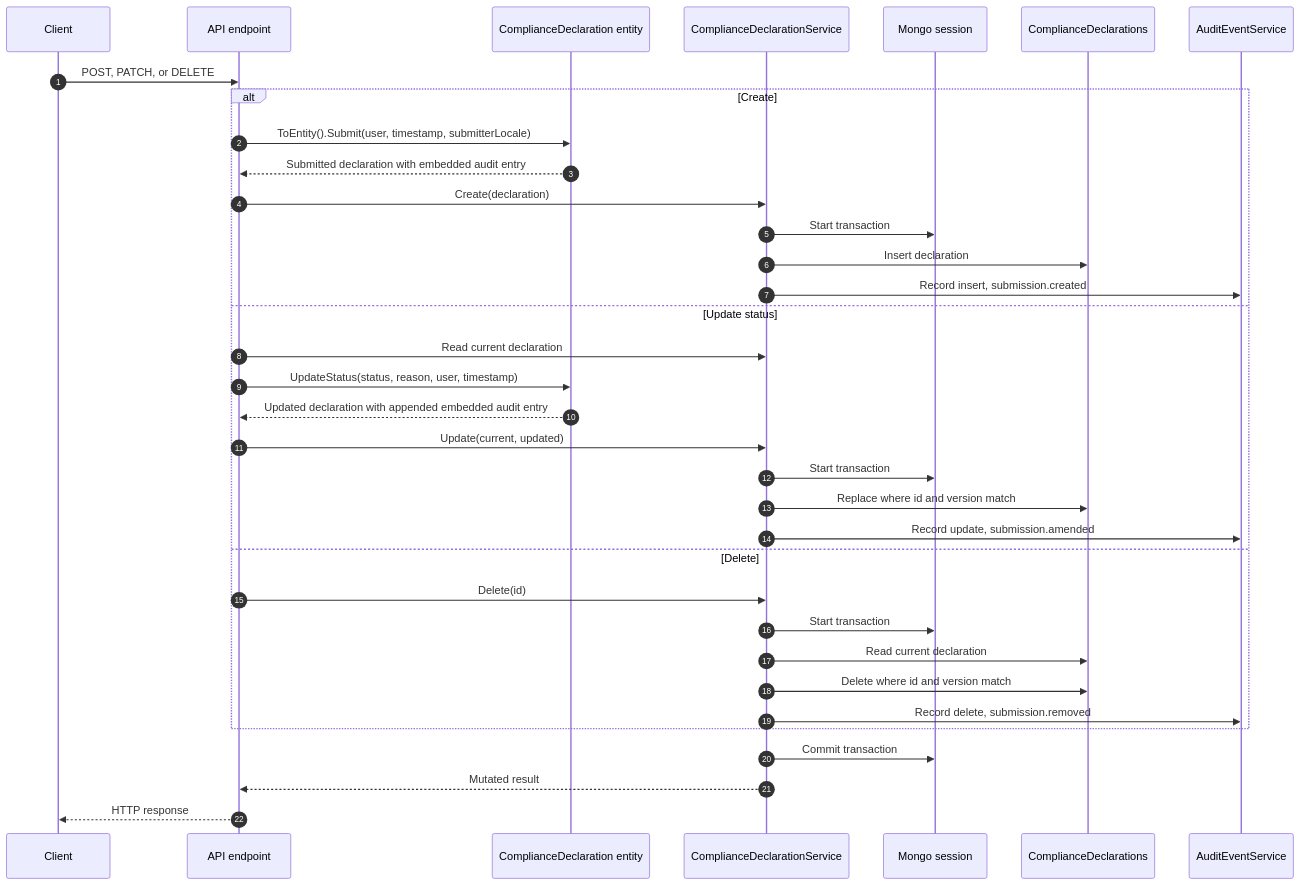
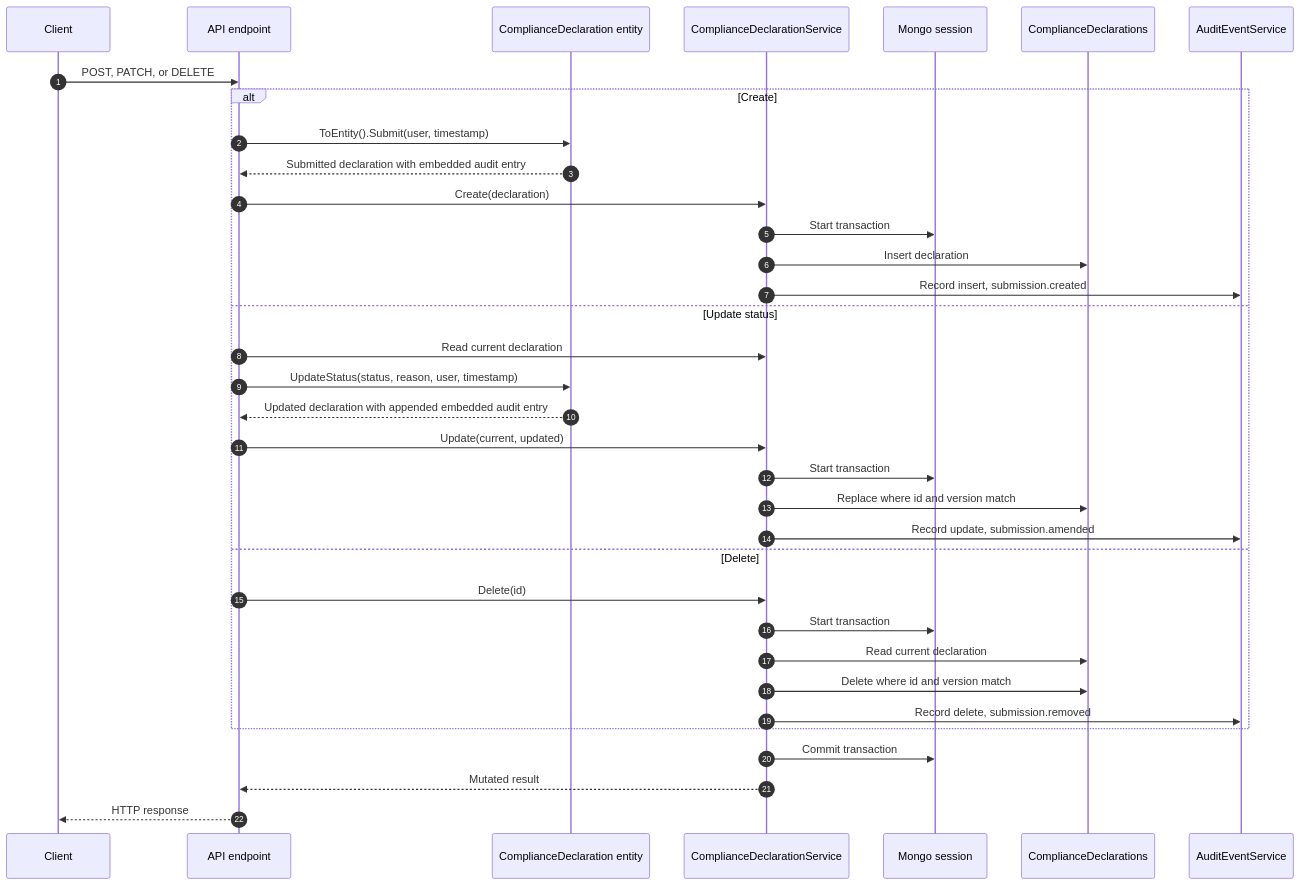
Before and after one commit to DEFRA/waste-obligations: the second of 4 diagrams in docs/compliance-declaration-end-to-end-event-flow.md, drawn with Mermaid. The commit also changed other lines of this file and 37 other files, not shown here.

Commit message:
fix: move locale into user object

````diff
--- a/docs/compliance-declaration-end-to-end-event-flow.md
+++ b/docs/compliance-declaration-end-to-end-event-flow.md
@@ -38,40 +38,40 @@
 ```mermaid
 sequenceDiagram
     autonumber
     participant Client
     participant Endpoint as API endpoint
     participant Entity as ComplianceDeclaration entity
     participant Service as ComplianceDeclarationService
     participant Mongo as Mongo session
     participant Declarations as ComplianceDeclarations
     participant Audit as AuditEventService
 
     Client->>Endpoint: POST, PATCH, or DELETE
 
     alt Create
-        Endpoint->>Entity: ToEntity().Submit(user, timestamp, submitterLocale)
+        Endpoint->>Entity: ToEntity().Submit(user, timestamp)
         Entity-->>Endpoint: Submitted declaration with embedded audit entry
         Endpoint->>Service: Create(declaration)
         Service->>Mongo: Start transaction
         Service->>Declarations: Insert declaration
         Service->>Audit: Record insert, submission.created
     else Update status
         Endpoint->>Service: Read current declaration
         Endpoint->>Entity: UpdateStatus(status, reason, user, timestamp)
         Entity-->>Endpoint: Updated declaration with appended embedded audit entry
         Endpoint->>Service: Update(current, updated)
         Service->>Mongo: Start transaction
         Service->>Declarations: Replace where id and version match
         Service->>Audit: Record update, submission.amended
     else Delete
         Endpoint->>Service: Delete(id)
         Service->>Mongo: Start transaction
         Service->>Declarations: Read current declaration
         Service->>Declarations: Delete where id and version match
         Service->>Audit: Record delete, submission.removed
     end
 
     Service->>Mongo: Commit transaction
     Service-->>Endpoint: Mutated result
     Endpoint-->>Client: HTTP response
 ```
````
